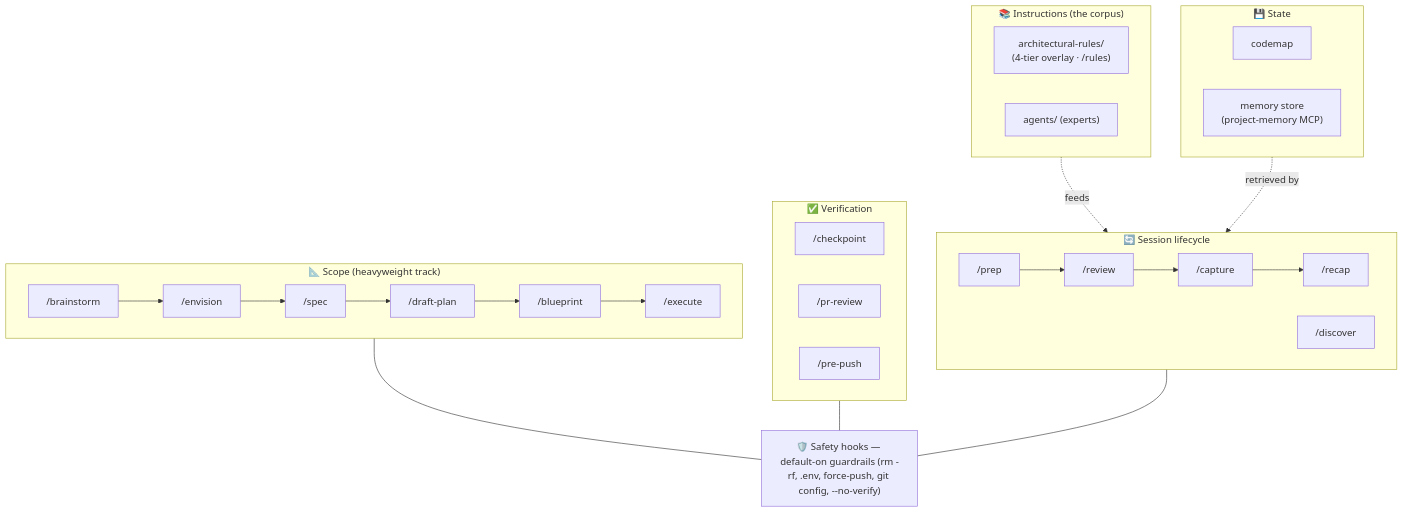
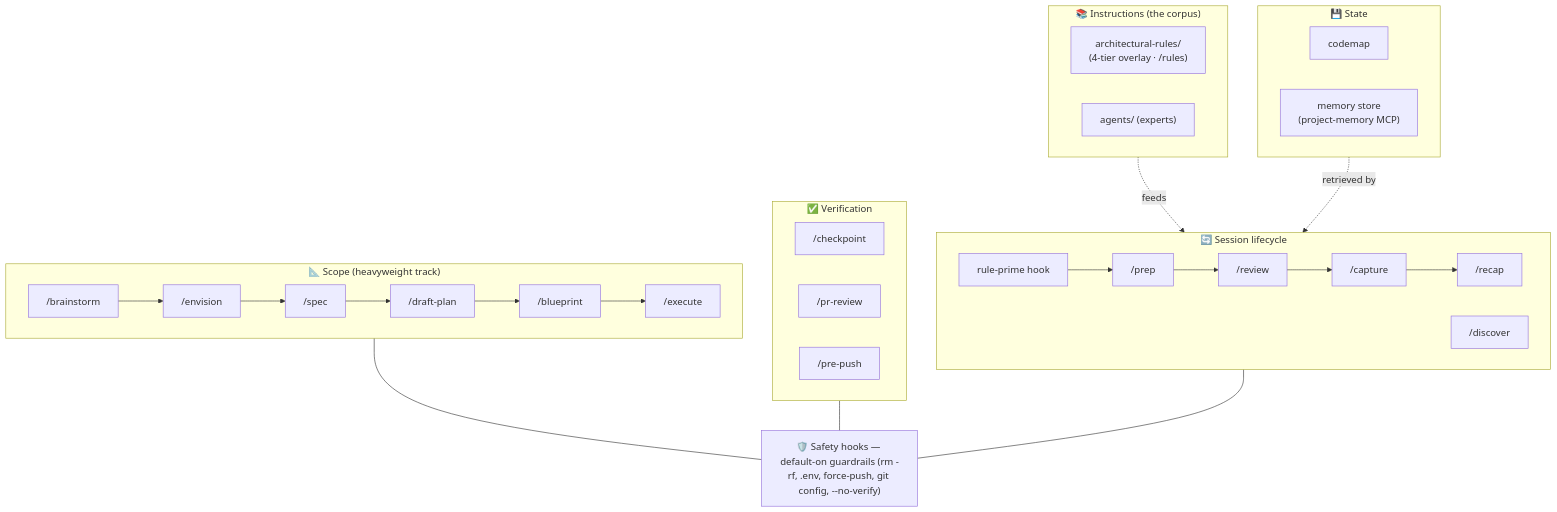
The second of 3 diagrams in README.md (AcKeskin/contexture), drawn with Mermaid before and after one commit. The commit also changed other lines of this file and 36 other files, not shown here.

Commit message:
Add rule-prime hook, extract-conventions and write-tests organs, and review's naming-quality check; codemap ranking, signatures, and symbol index

````diff
--- a/README.md
+++ b/README.md
@@ -105,32 +105,32 @@
 ```mermaid
 flowchart TB
     subgraph SL["🔄 Session lifecycle"]
       direction LR
-      prep["/prep"] --> review["/review"] --> capture["/capture"] --> recap["/recap"]
+      primehook["rule-prime hook"] --> prep["/prep"] --> review["/review"] --> capture["/capture"] --> recap["/recap"]
       discover["/discover"]
     end
     subgraph SC["📐 Scope (heavyweight track)"]
       direction LR
       brainstorm["/brainstorm"] --> envision["/envision"] --> spec["/spec"] --> plan["/draft-plan"] --> blueprint["/blueprint"] --> exec["/execute"]
     end
     subgraph VER["✅ Verification"]
       direction LR
       checkpoint["/checkpoint"]
       prr["/pr-review"]
       pp["/pre-push"]
     end
     subgraph INST["📚 Instructions (the corpus)"]
       rules["architectural-rules/<br/>(4-tier overlay · /rules)"]
       agents["agents/ (experts)"]
     end
     subgraph STATE["💾 State"]
       codemap["codemap"]
       mem["memory store<br/>(project-memory MCP)"]
     end
     HOOKS["🛡️ Safety hooks — default-on guardrails (rm -rf, .env, force-push, git config, --no-verify)"]
     INST -.feeds.-> SL
     STATE -.retrieved by.-> discover
     SL --- HOOKS
     SC --- HOOKS
     VER --- HOOKS
 ```
````
